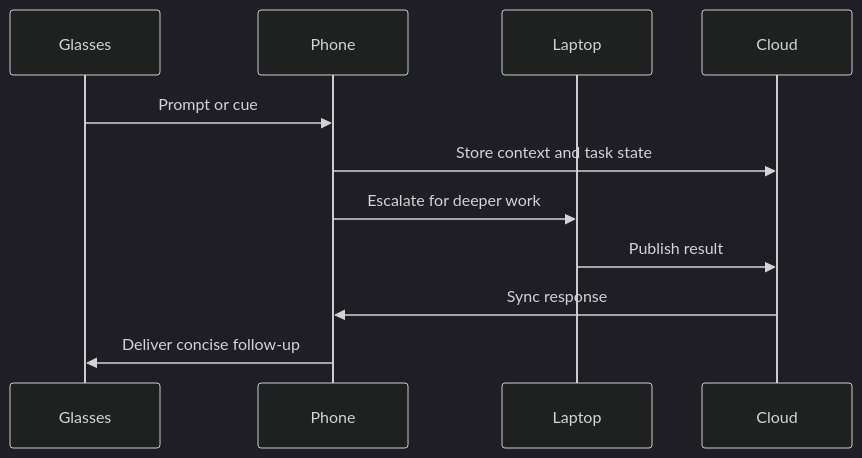
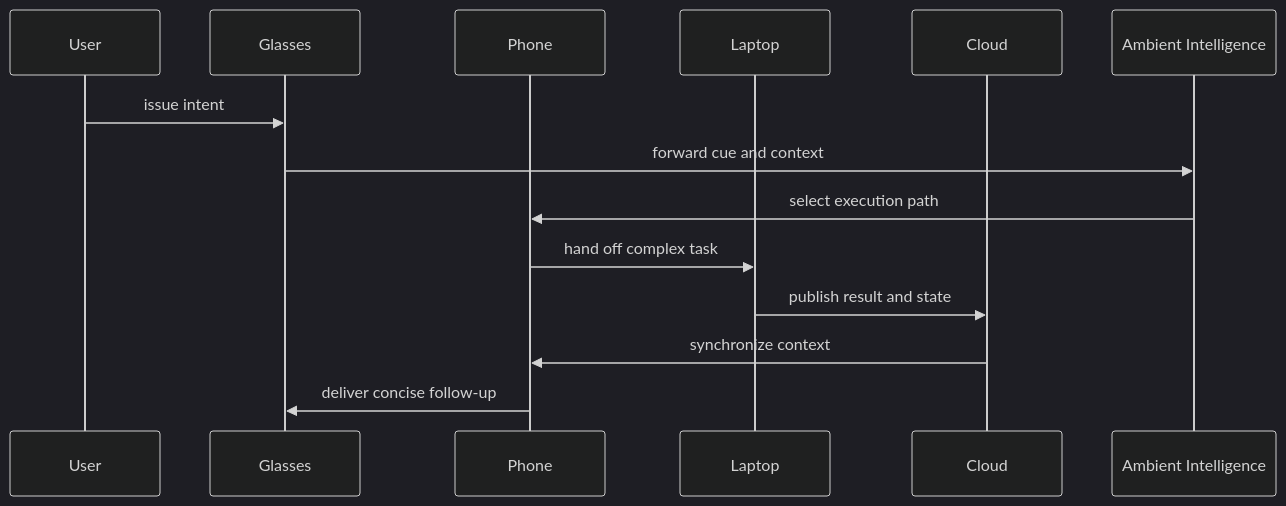
One commit to r-karra/starlight changed the diagram in diagrams/device-flow.mmd. Above: the diagram before and after it, drawn with Mermaid (dark theme). The commit also changed 31 other files, not shown here.

```diff
--- a/diagrams/device-flow.mmd
+++ b/diagrams/device-flow.mmd
@@ -1,11 +1,15 @@
 sequenceDiagram
+    participant U as User
     participant G as Glasses
     participant P as Phone
     participant L as Laptop
     participant C as Cloud
-    G->>P: Prompt or cue
-    P->>C: Store context and task state
-    P->>L: Escalate for deeper work
-    L->>C: Publish result
-    C->>P: Sync response
-    P->>G: Deliver concise follow-up
+    participant A as Ambient Intelligence
+
+    U->>G: issue intent
+    G->>A: forward cue and context
+    A->>P: select execution path
+    P->>L: hand off complex task
+    L->>C: publish result and state
+    C->>P: synchronize context
+    P->>G: deliver concise follow-up
```
